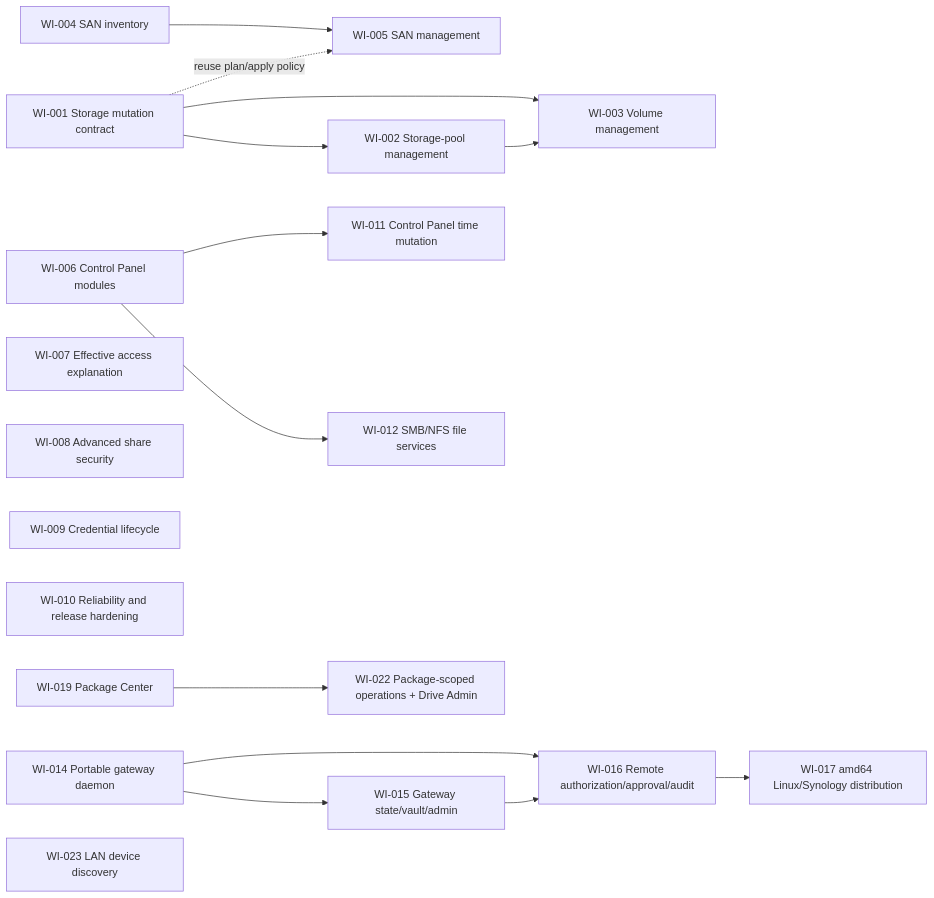
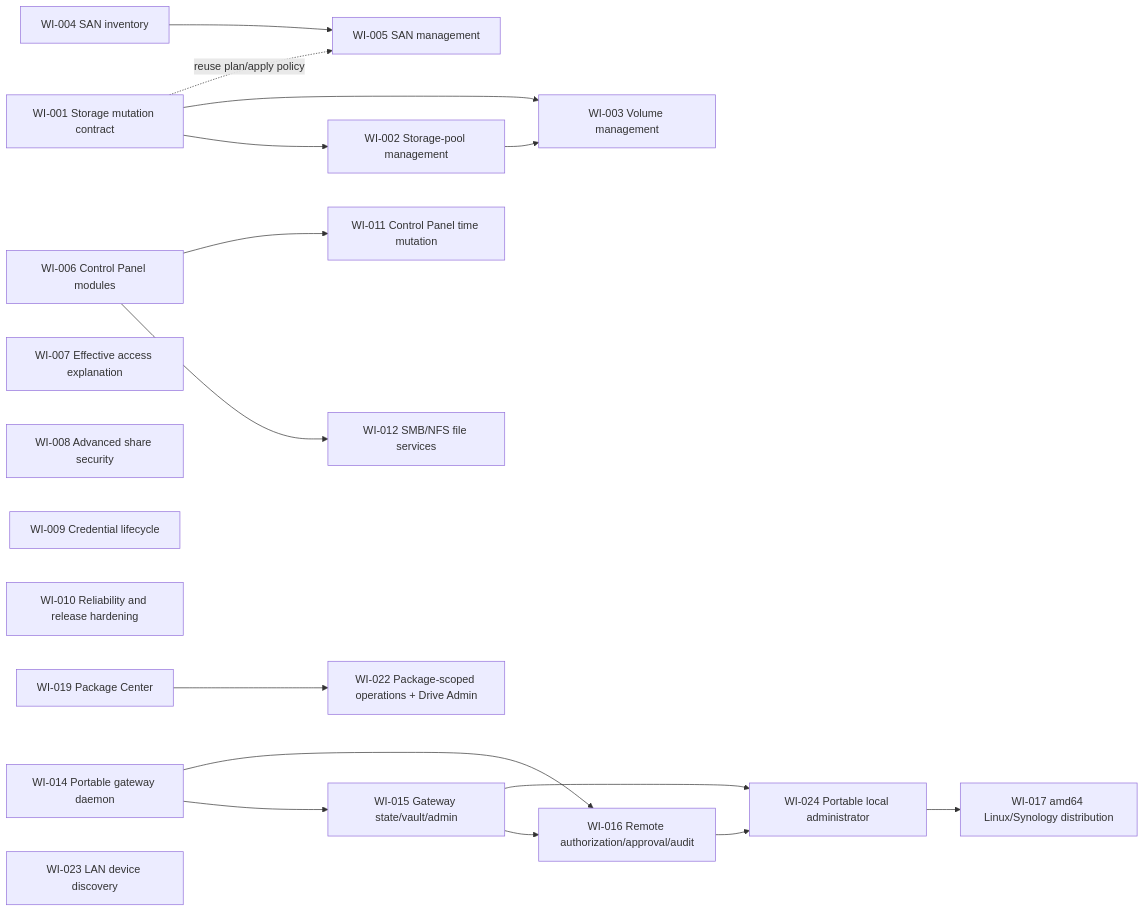
One commit to derekvery666/dsmctl changed the diagram in spec/roadmap.md. Above: the diagram before and after it, drawn with Mermaid. The commit also changed other lines of this file and 2 other files, not shown here.

Commit message:
Claim WI-024 portable local administration

````diff
--- a/spec/roadmap.md
+++ b/spec/roadmap.md
@@ -9,21 +9,23 @@
 ```mermaid
 flowchart LR
   WI001["WI-001 Storage mutation contract"] --> WI002["WI-002 Storage-pool management"]
   WI001 --> WI003["WI-003 Volume management"]
   WI002 --> WI003
   WI004["WI-004 SAN inventory"] --> WI005["WI-005 SAN management"]
   WI001 -. "reuse plan/apply policy" .-> WI005
   WI006["WI-006 Control Panel modules"]
   WI006 --> WI012["WI-012 SMB/NFS file services"]
   WI006 --> WI011["WI-011 Control Panel time mutation"]
   WI007["WI-007 Effective access explanation"]
   WI008["WI-008 Advanced share security"]
   WI009["WI-009 Credential lifecycle"]
   WI010["WI-010 Reliability and release hardening"]
   WI014["WI-014 Portable gateway daemon"] --> WI015["WI-015 Gateway state/vault/admin"]
   WI014 --> WI016["WI-016 Remote authorization/approval/audit"]
   WI015 --> WI016
-  WI016 --> WI017["WI-017 amd64 Linux/Synology distribution"]
+  WI015 --> WI024["WI-024 Portable local administrator"]
+  WI016 --> WI024
+  WI024 --> WI017["WI-017 amd64 Linux/Synology distribution"]
   WI019["WI-019 Package Center"] --> WI022["WI-022 Package-scoped operations + Drive Admin"]
   WI023["WI-023 LAN device discovery"]
 ```
````
